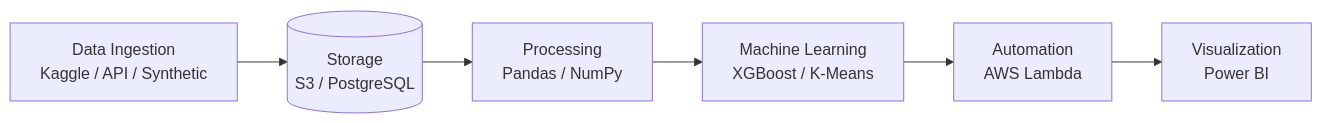
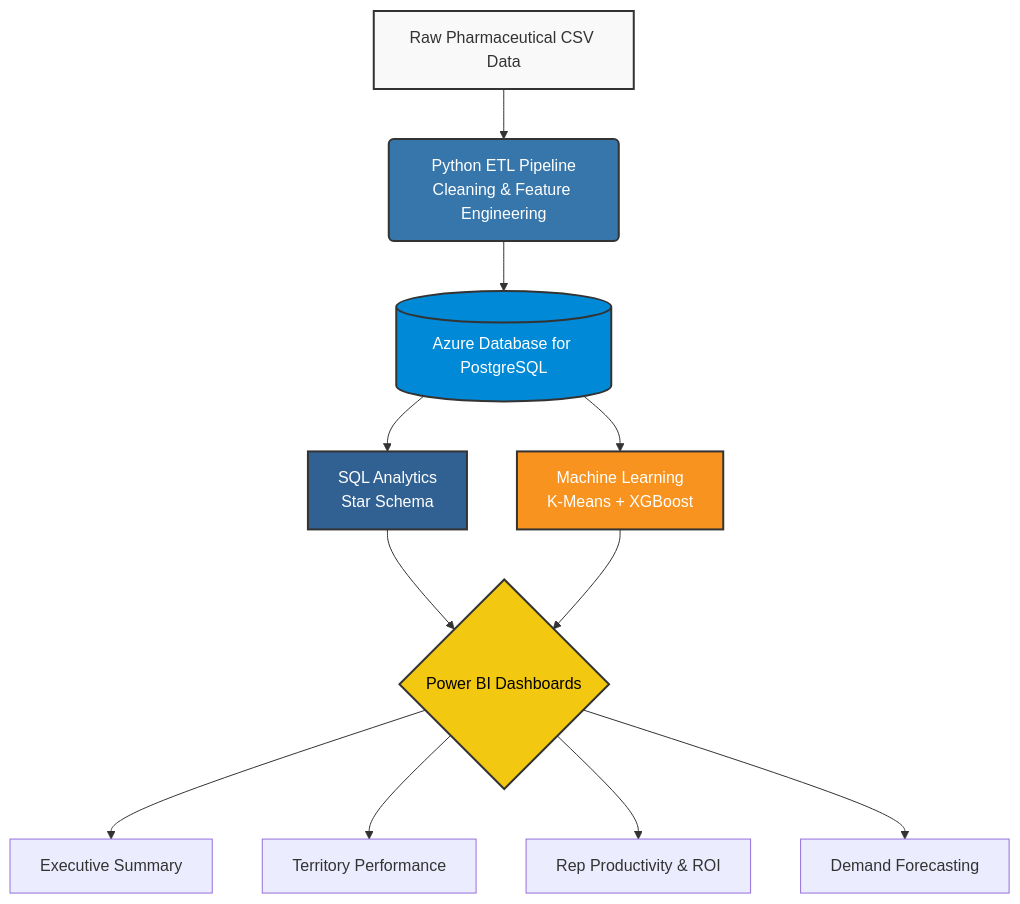
The diagram in README.md (KAISTACK07/MedForcast), drawn with Mermaid before and after one commit. The commit also changed other lines of this file and 35 other files, not shown here.

Commit message:
Deploy MedForcast analytics platform to Azure PostgreSQL

````diff
--- a/README.md
+++ b/README.md
@@ -48,8 +56,23 @@
 ```mermaid
-flowchart LR
-    A[Data Ingestion<br>Kaggle / API / Synthetic] --> B[(Storage<br>S3 / PostgreSQL)]
-    B --> C[Processing<br>Pandas / NumPy]
-    C --> D[Machine Learning<br>XGBoost / K-Means]
-    D --> E[Automation<br>AWS Lambda]
-    E --> F[Visualization<br>Power BI]
+graph TD
+    A[Raw Pharmaceutical CSV Data] --> B(Python ETL Pipeline<br>Cleaning & Feature Engineering)
+    B --> C[(Azure Database for PostgreSQL)]
+    
+    C --> D[SQL Analytics<br>Star Schema]
+    C --> E[Machine Learning<br>K-Means + XGBoost]
+    
+    D --> F{Power BI Dashboards}
+    E --> F
+    
+    F --> G[Executive Summary]
+    F --> H[Territory Performance]
+    F --> I[Rep Productivity & ROI]
+    F --> J[Demand Forecasting]
+
+    style A fill:#f9f9f9,stroke:#333,stroke-width:2px
+    style B fill:#3776AB,stroke:#333,stroke-width:2px,color:#fff
+    style C fill:#0089D6,stroke:#333,stroke-width:2px,color:#fff
+    style D fill:#316192,stroke:#333,stroke-width:2px,color:#fff
+    style E fill:#F7931E,stroke:#333,stroke-width:2px,color:#fff
+    style F fill:#F2C811,stroke:#333,stroke-width:2px,color:#000
 ```
````
